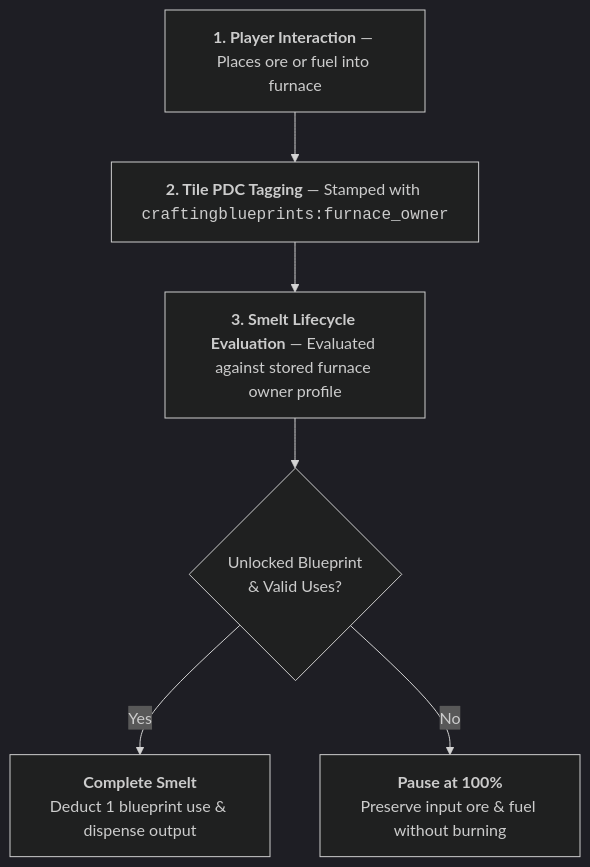
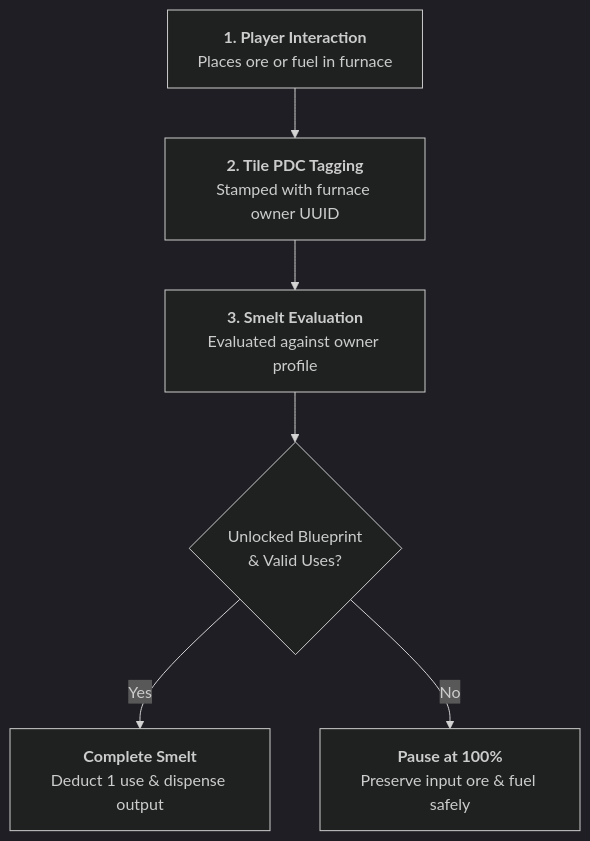
One commit to XZtotal/CraftingBlueprints-Wiki changed the first of 2 diagrams in docs/mechanics/smelting-and-furnaces.md. Above: the diagram before and after it, drawn with Mermaid (dark theme). The commit also changed other lines of this file and 24 other files, not shown here.

````diff
--- a/docs/mechanics/smelting-and-furnaces.md
+++ b/docs/mechanics/smelting-and-furnaces.md
@@ -74,9 +74,15 @@
 ```mermaid
 flowchart TD
-    Interact["<b>1. Player Interaction</b> — Places ore or fuel into furnace"]
-    --> Write["<b>2. Tile PDC Tagging</b> — Stamped with <code>craftingblueprints:furnace_owner</code>"]
-    --> Eval["<b>3. Smelt Lifecycle Evaluation</b> — Evaluated against stored furnace owner profile"]
-    --> Check{"Unlocked Blueprint<br/>& Valid Uses?"}
-    Check -->|Yes| Complete["<b>Complete Smelt</b><br/>Deduct 1 blueprint use & dispense output"]
-    Check -->|No| Pause["<b>Pause at 100%</b><br/>Preserve input ore & fuel without burning"]
+    Interact["<b>1. Player Interaction</b><br/>Places ore or fuel in furnace"]
+    Write["<b>2. Tile PDC Tagging</b><br/>Stamped with furnace owner UUID"]
+    Eval["<b>3. Smelt Evaluation</b><br/>Evaluated against owner profile"]
+    Check{"Unlocked Blueprint<br/>&amp; Valid Uses?"}
+    Complete["<b>Complete Smelt</b><br/>Deduct 1 use &amp; dispense output"]
+    Pause["<b>Pause at 100%</b><br/>Preserve input ore &amp; fuel safely"]
+
+    Interact --> Write
+    Write --> Eval
+    Eval --> Check
+    Check -->|Yes| Complete
+    Check -->|No| Pause
 ```
````
